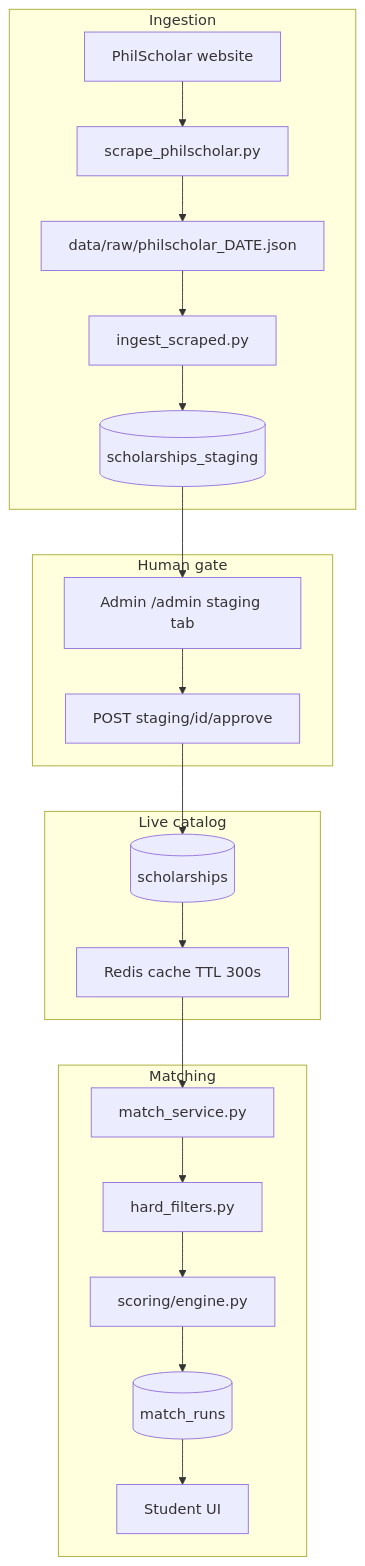
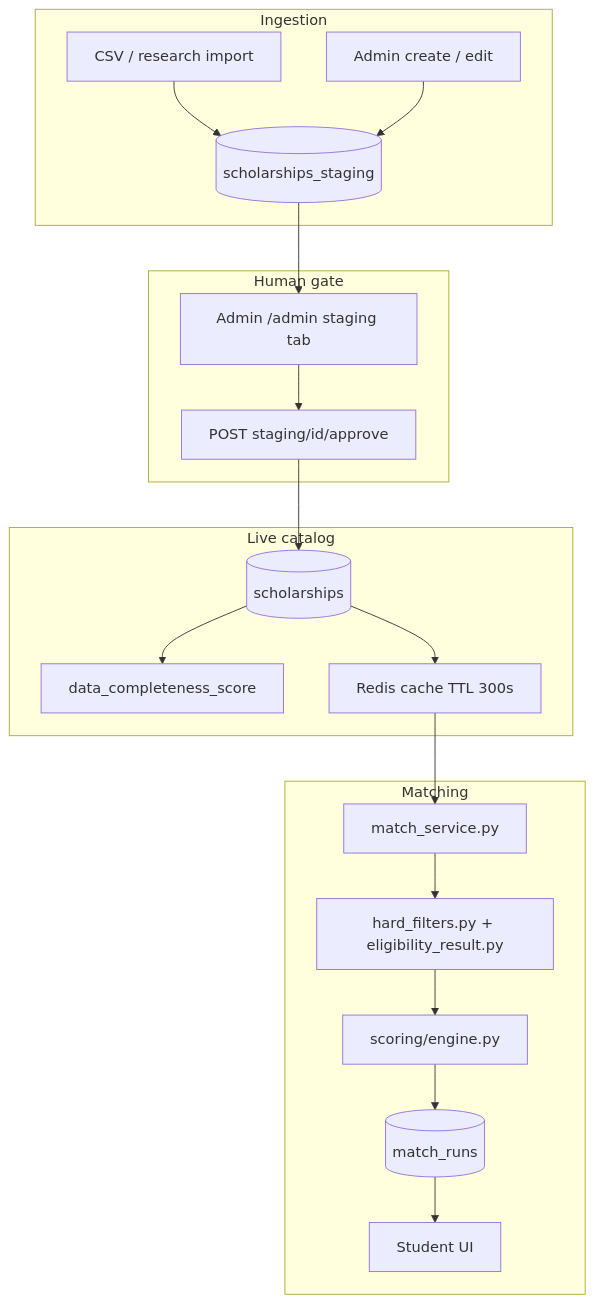
One commit to Manabatman/Iskonnect changed the diagram in docs/operations-handbook/06-data-pipeline.md. Above: the diagram before and after it, drawn with Mermaid. The commit also changed other lines of this file and 82 other files, not shown here.

Commit message:
feat: shift to curated catalog with eligibility contract and admin tooling

````diff
--- a/docs/operations-handbook/06-data-pipeline.md
+++ b/docs/operations-handbook/06-data-pipeline.md
@@ -9,42 +11,40 @@
 ```mermaid
 flowchart TB
   subgraph ingest [Ingestion]
-    Web[PhilScholar website]
-    Scraper[scrape_philscholar.py]
-    Raw[data/raw/philscholar_DATE.json]
-    Ingest[ingest_scraped.py]
+    CSV[CSV / research import]
+    AdminCreate[Admin create / edit]
     Staging[(scholarships_staging)]
   end
 
   subgraph human [Human gate]
     AdminUI[Admin /admin staging tab]
     Approve[POST staging/id/approve]
   end
 
   subgraph live [Live catalog]
     Scholarships[(scholarships)]
+    Completeness[data_completeness_score]
     Cache[Redis cache TTL 300s]
   end
 
   subgraph match [Matching]
     MS[match_service.py]
-    HF[hard_filters.py]
+    HF[hard_filters.py + eligibility_result.py]
     SC[scoring/engine.py]
     Results[(match_runs)]
     User[Student UI]
   end
 
-  Web --> Scraper
-  Scraper --> Raw
-  Raw --> Ingest
-  Ingest --> Staging
+  CSV --> Staging
+  AdminCreate --> Staging
   Staging --> AdminUI
   AdminUI --> Approve
   Approve --> Scholarships
+  Scholarships --> Completeness
   Scholarships --> Cache
   Cache --> MS
   MS --> HF
   HF --> SC
   SC --> Results
   Results --> User
 ```
````
